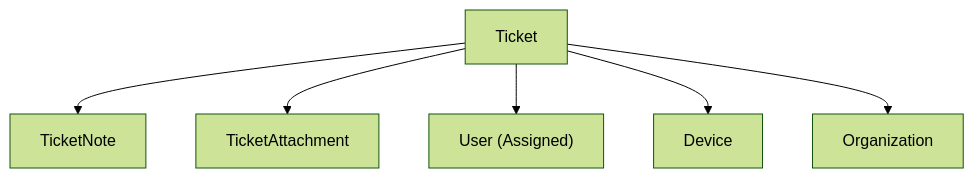
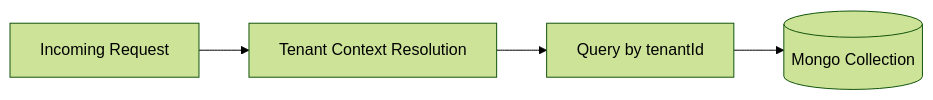
The second of 6 diagrams in docs/reference/architecture/data-mongo-domain-model/data-mongo-domain-model.md (flamingo-stack/openframe-oss-lib), drawn with Mermaid (forest theme) before and after one commit. The commit also changed other lines of this file and 1809 other files, not shown here.

````diff
--- a/docs/reference/architecture/data-mongo-domain-model/data-mongo-domain-model.md
+++ b/docs/reference/architecture/data-mongo-domain-model/data-mongo-domain-model.md
@@ -265,8 +64,6 @@
 ```mermaid
-flowchart TD
-    Ticket["Ticket"] --> Note["TicketNote"]
-    Ticket --> Attachment["TicketAttachment"]
-    Ticket --> User["User (Assigned)"]
-    Ticket --> Device["Device"]
-    Ticket --> Org["Organization"]
+flowchart LR
+    Request["Incoming Request"] --> Filter["Tenant Context Resolution"]
+    Filter --> Query["Query by tenantId"]
+    Query --> Collection[("Mongo Collection")]
 ```
````
